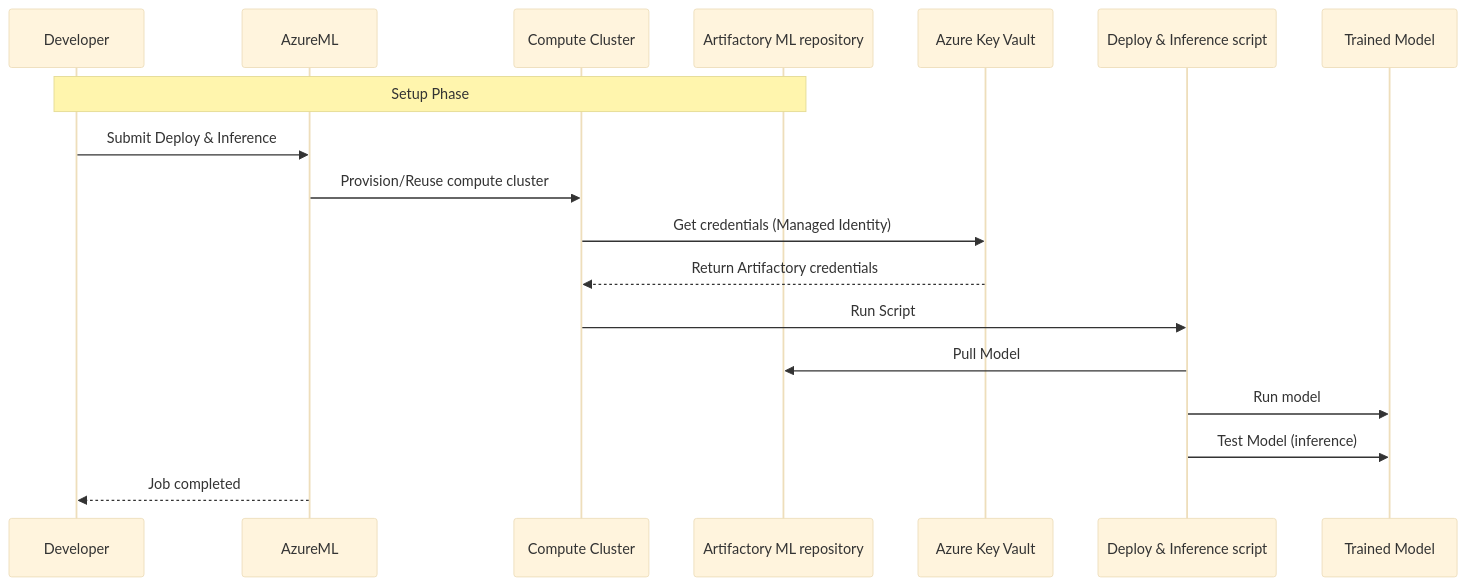
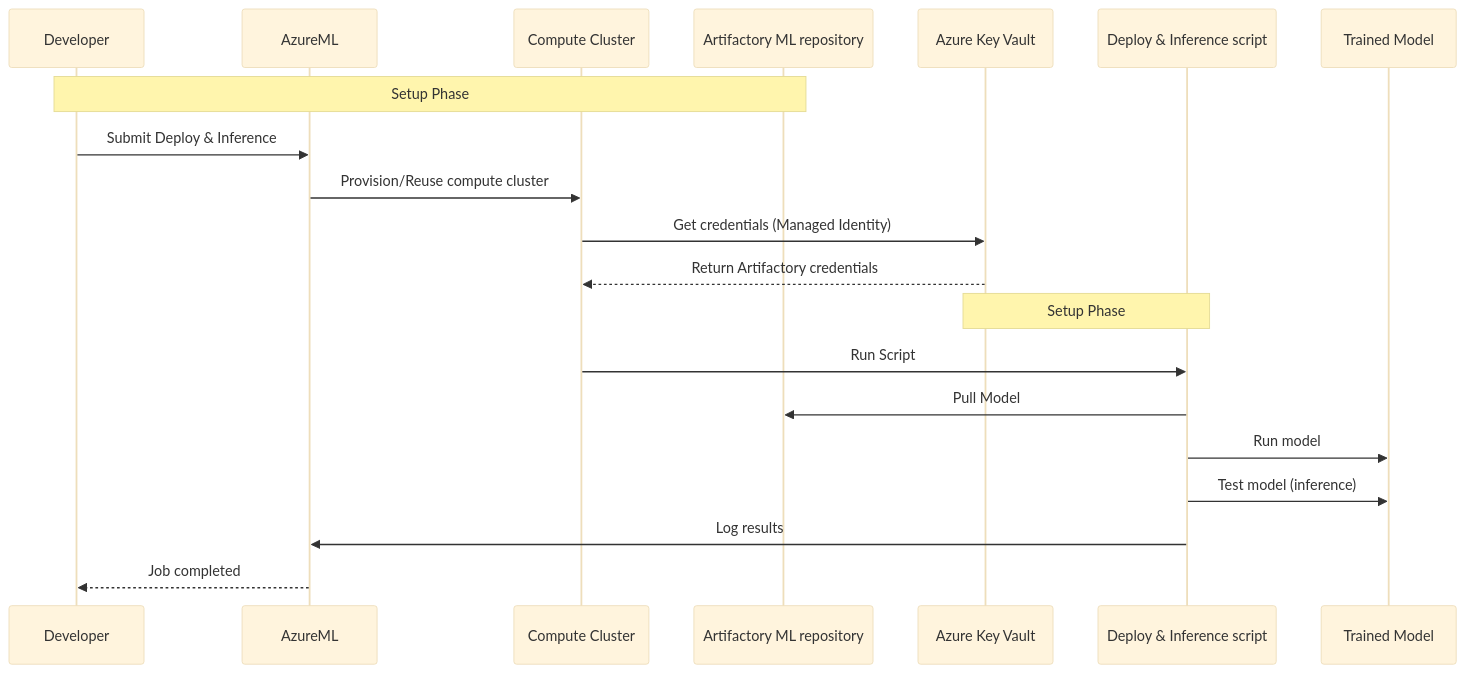
Before and after one commit to jfrog/JFrog-AzureML-integration: the fourth of 4 diagrams in README.md, drawn with Mermaid (base theme).

Commit message:
README: add results

````diff
--- a/README.md
+++ b/README.md
@@ -238,21 +238,23 @@
 ```mermaid
 sequenceDiagram
     participant Dev as Developer
     participant AML as AzureML
     participant Compute as Compute Cluster
     participant ArtML as Artifactory ML repository    
     participant KV as Azure Key Vault
-    participant  deploy_and_inference as Deploy & Inference script
+    participant deploy_and_inference as Deploy & Inference script
     participant Model as Trained Model
 
     Note over Dev,ArtML: Setup Phase
     Dev->>AML: Submit Deploy & Inference
     AML->>Compute: Provision/Reuse compute cluster
     Compute->>KV: Get credentials (Managed Identity)
     KV-->>Compute: Return Artifactory credentials
+    Note over deploy_and_inference,KV: Setup Phase
     Compute->>deploy_and_inference: Run Script
     deploy_and_inference->>ArtML: Pull Model
     deploy_and_inference->>Model: Run model   
-    deploy_and_inference->>Model: Test Model (inference)   
+    deploy_and_inference->>Model: Test model (inference)   
+    deploy_and_inference->>AML: Log results   
     AML-->>Dev: Job completed
 ```
````
